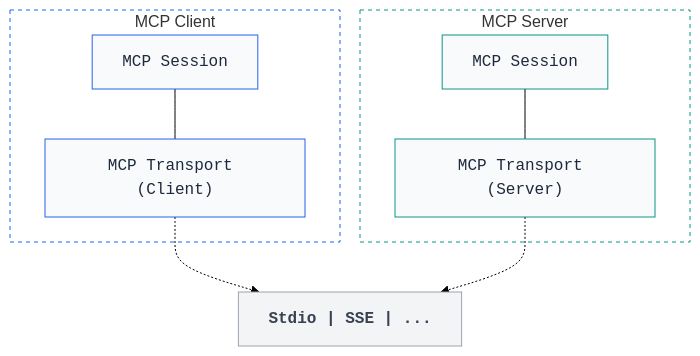
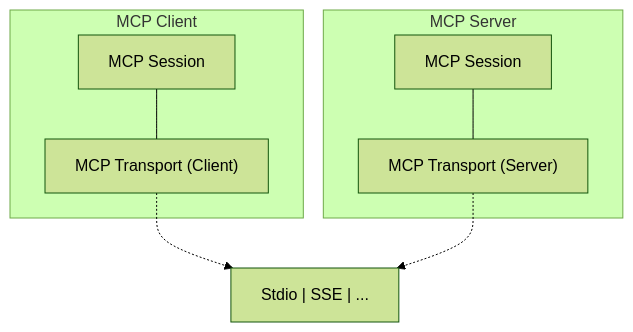
Before and after one commit to vincentmi/vnzmi: the first of 4 diagrams in content/post/2026-09-22-use-java-to-build-a-mcp-server.md, drawn with Mermaid (forest theme). The commit also changed other lines of this file and 2 other files, not shown here.

````diff
--- a/content/post/2026-09-22-use-java-to-build-a-mcp-server.md
+++ b/content/post/2026-09-22-use-java-to-build-a-mcp-server.md
@@ -23,42 +23,21 @@
 ```mermaid
+
 graph TD
-    %% 定义全局样式，保持技术文档的专业感
-    classDef default fill:#ffffff,stroke:#d1d5db,stroke-width:1px,color:#111827,font-family:monospace;
-    classDef title fill:#f8fafc,stroke-width:0px,font-weight:bold,font-size:14px,color:#111827,font-family:sans-serif;
-    classDef clientAccent fill:#f8fafc,stroke:#2563eb,stroke-width:1px,color:#1e293b;
-    classDef serverAccent fill:#f8fafc,stroke:#0d9488,stroke-width:1px,color:#1e293b;
-    classDef transportNode fill:#f3f4f6,stroke:#9ca3af,stroke-width:1px,color:#374151,font-weight:bold;
-
-    %% MCP Client 子图
     subgraph Client ["MCP Client"]
         C_Session["MCP Session"]
         C_Transport["MCP Transport (Client)"]
     end
 
-    %% MCP Server 子图
     subgraph Server ["MCP Server"]
         S_Session["MCP Session"]
         S_Transport["MCP Transport (Server)"]
     end
 
-    %% 底部传输层 (作为一个独立的节点)
     Transport["Stdio | SSE | ..."]
 
-    %% 建立连接关系 (隐藏线条，仅用于布局)
     C_Session --- C_Transport
     S_Session --- S_Transport
     
-    %% 将上下连接起来 (使用虚线表示底层通信)
     C_Transport -.-> Transport
     S_Transport -.-> Transport
-
-    %% 应用样式
-    class Client,Server title;
-    class C_Session,C_Transport clientAccent;
-    class S_Session,S_Transport serverAccent;
-    class Transport transportNode;
-    
-    %% 子图背景样式
-    style Client fill:transparent,stroke:#2563eb,stroke-width:1px,stroke-dasharray: 4 4;
-    style Server fill:transparent,stroke:#0d9488,stroke-width:1px,stroke-dasharray: 4 4;
 ```
````
